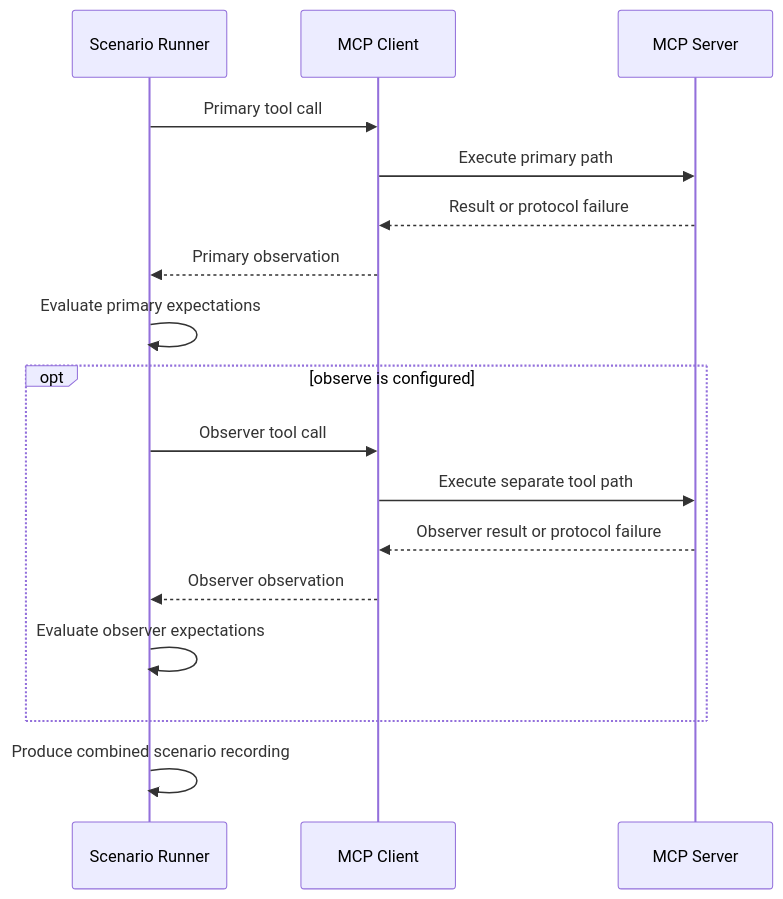
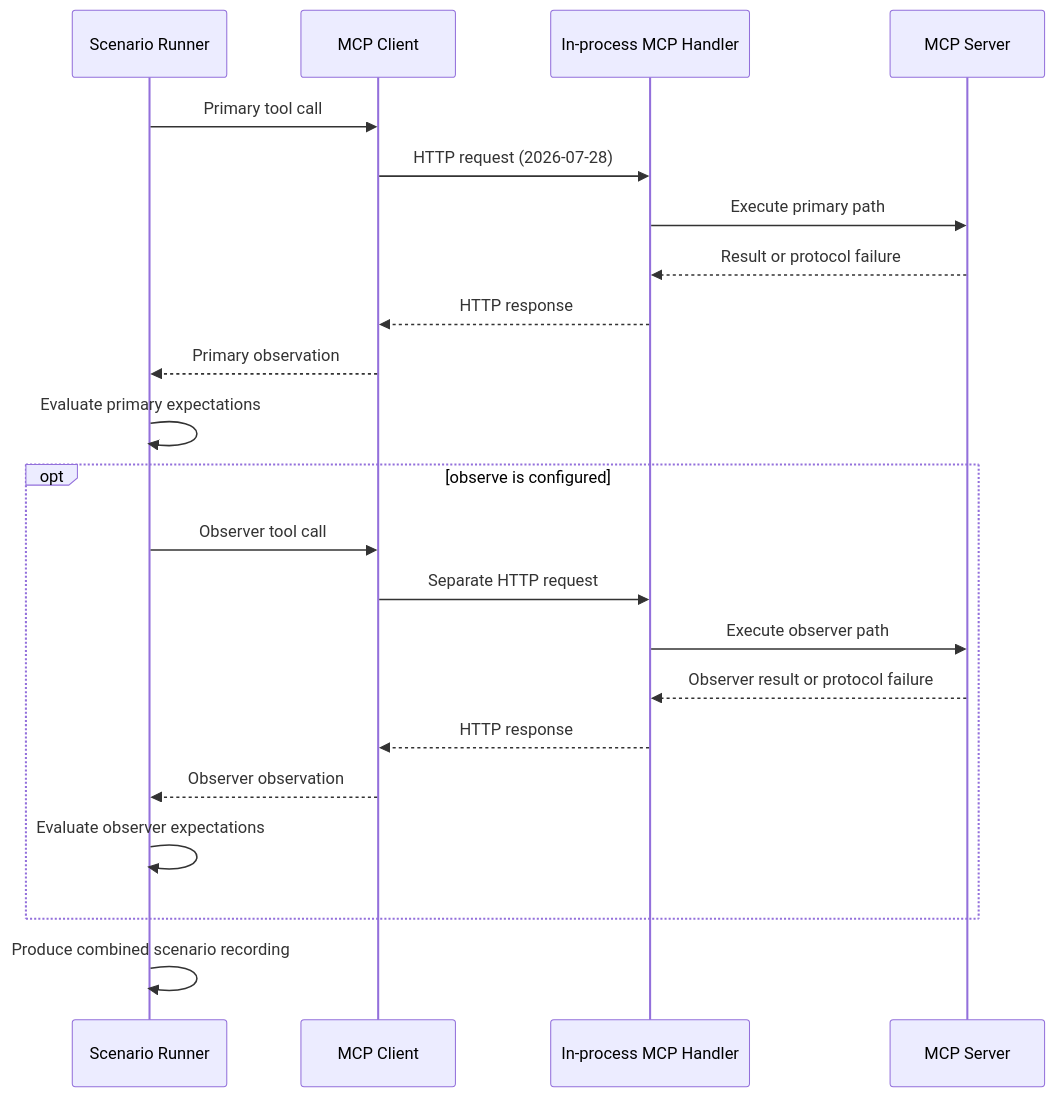
The second of 3 diagrams in src/content/docs/docs/architecture.mdx (anilloutombam/mcplab.dev), drawn with Mermaid before and after one commit. The commit also changed other lines of this file and 2 other files, not shown here.

Commit message:
docs: document MCP SDK v2 architecture (#9)

````diff
--- a/src/content/docs/docs/architecture.mdx
+++ b/src/content/docs/docs/architecture.mdx
@@ -29,22 +29,27 @@
 ```mermaid
 sequenceDiagram
     participant Runner as Scenario Runner
     participant Client as MCP Client
+    participant Handler as In-process MCP Handler
     participant Server as MCP Server
 
     Runner->>Client: Primary tool call
-    Client->>Server: Execute primary path
-    Server-->>Client: Result or protocol failure
+    Client->>Handler: HTTP request (2026-07-28)
+    Handler->>Server: Execute primary path
+    Server-->>Handler: Result or protocol failure
+    Handler-->>Client: HTTP response
     Client-->>Runner: Primary observation
     Runner->>Runner: Evaluate primary expectations
 
     opt observe is configured
         Runner->>Client: Observer tool call
-        Client->>Server: Execute separate tool path
-        Server-->>Client: Observer result or protocol failure
+        Client->>Handler: Separate HTTP request
+        Handler->>Server: Execute observer path
+        Server-->>Handler: Observer result or protocol failure
+        Handler-->>Client: HTTP response
         Client-->>Runner: Observer observation
         Runner->>Runner: Evaluate observer expectations
     end
 
     Runner->>Runner: Produce combined scenario recording
 ```
````
